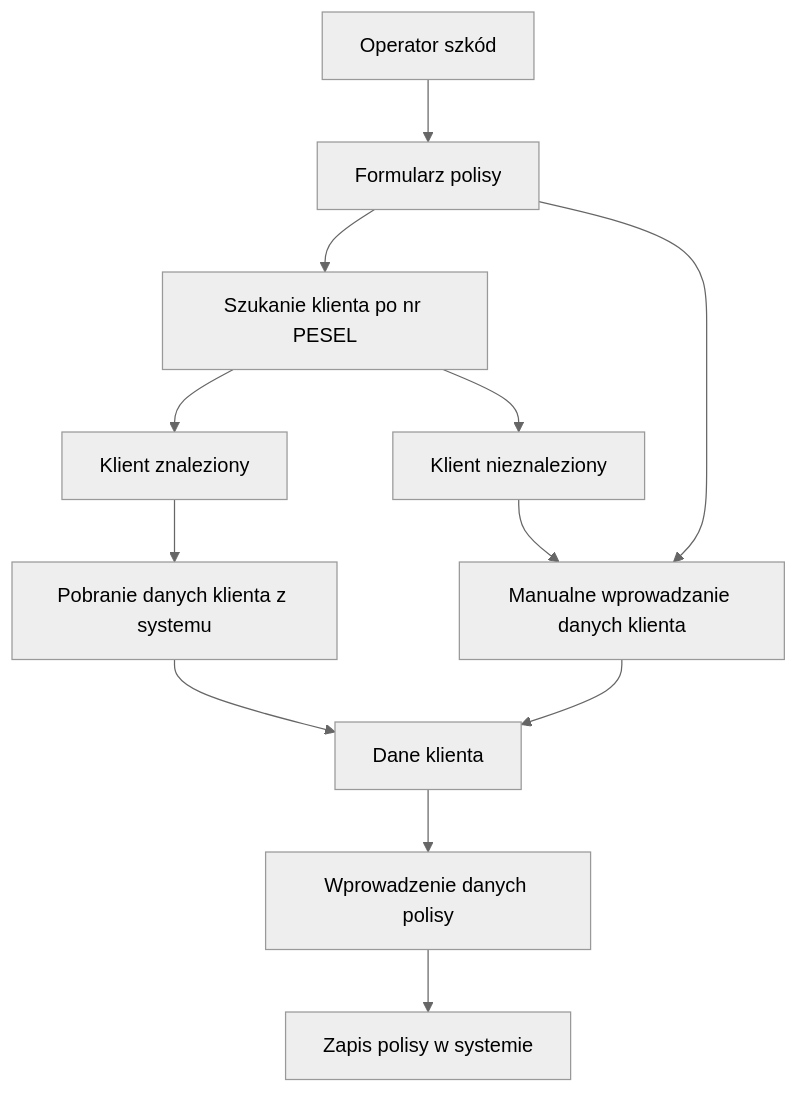
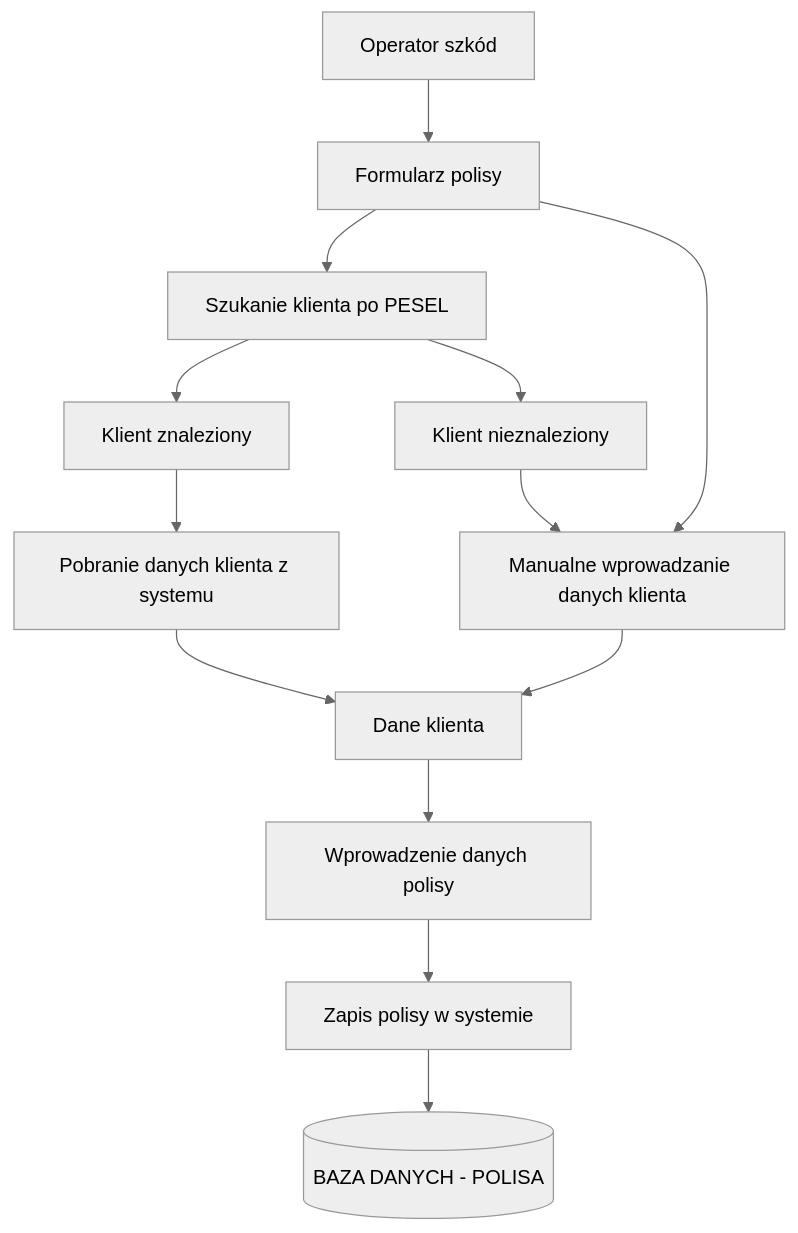
One commit to ArkadiuszBorkowski/Insurance-Management-System changed the second of 5 diagrams in README.md. Above: the diagram before and after it, drawn with Mermaid (neutral theme).

````diff
--- a/README.md
+++ b/README.md
@@ -35,14 +35,15 @@
 ```mermaid
 graph TD
     A[Operator szkód] --> B[Formularz polisy]
-    B --> C[Szukanie klienta po nr PESEL]
+    B --> C[Szukanie klienta po PESEL]
     C --> D[Klient znaleziony]
     D --> E[Pobranie danych klienta z systemu]
     E --> M[Dane klienta]
     C --> F[Klient nieznaleziony]
     F --> L[Manualne wprowadzanie danych klienta]
     B --> L[Manualne wprowadzanie danych klienta]
     L --> M[Dane klienta]
     M --> N[Wprowadzenie danych polisy]
     N --> O[Zapis polisy w systemie]
+    O --> id1[(BAZA DANYCH - POLISA)]
 ```
````
